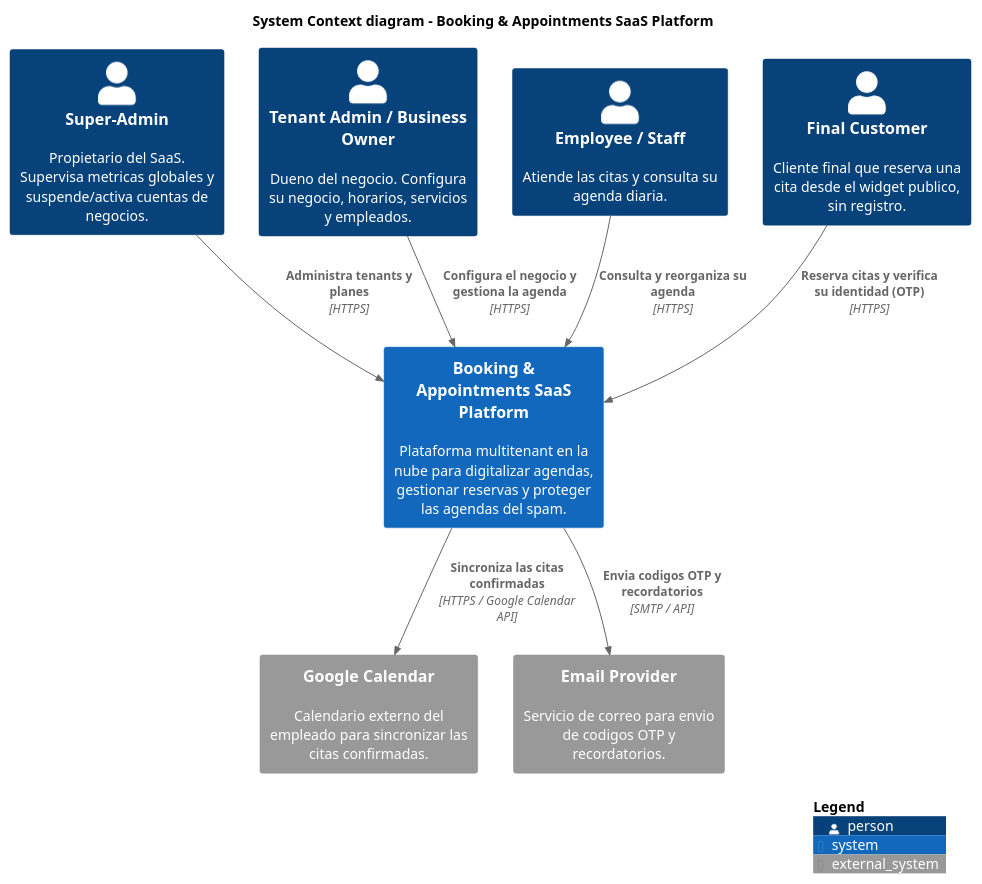
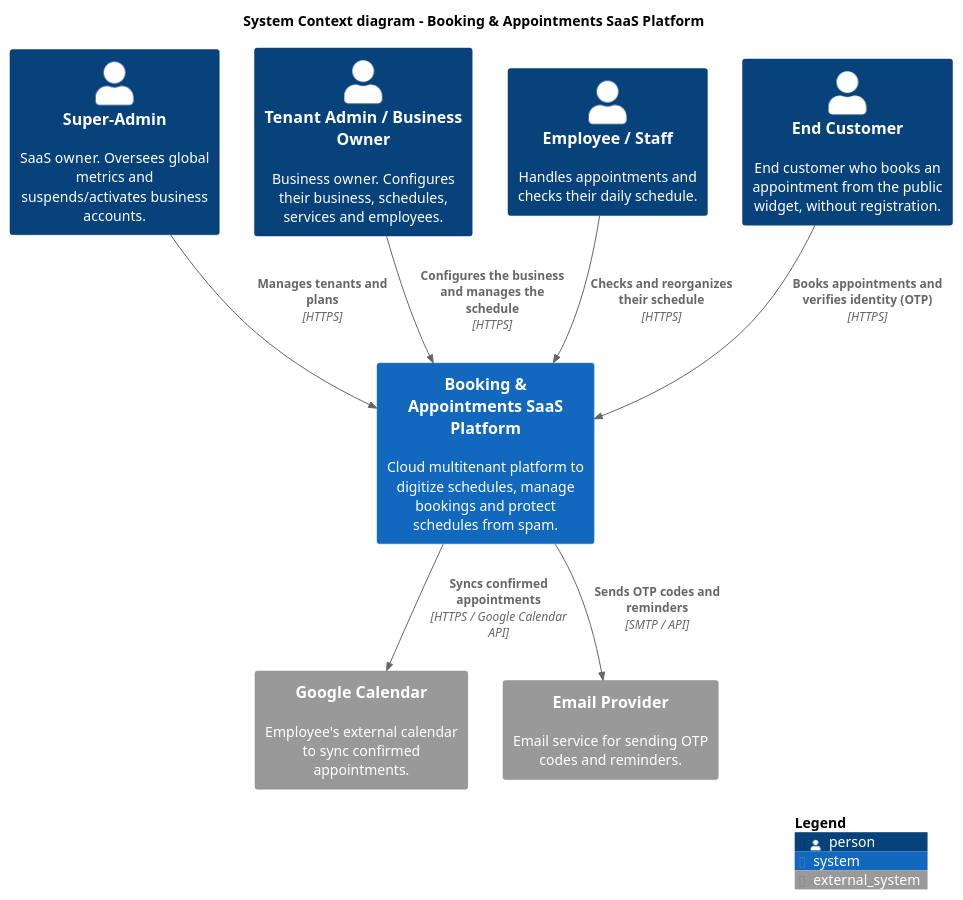
Before and after one commit to jose-korvusinc/finalproject-lidr-i4devs: the diagram in system_architecture/design_view/c1_system_context.puml, drawn with PlantUML. The commit also changed 25 other files, not shown here.

Commit message:
Translate names and add analysis class diagram

```diff
--- a/system_architecture/design_view/c1_system_context.puml
+++ b/system_architecture/design_view/c1_system_context.puml
@@ -1,30 +1,30 @@
 @startuml c1_system_context
 ' =====================================================================
 ' C4 Model - Level 1: System Context
-' Sistema SaaS Multitenant de Gestion de Reservas y Citas (MVP)
-' Etiquetas en ingles, descripciones en espanol.
+' Multitenant SaaS Booking & Appointments Management System (MVP)
+' All labels and descriptions in English.
 ' =====================================================================
 !include https://raw.githubusercontent.com/plantuml-stdlib/C4-PlantUML/master/C4_Context.puml
 
 title System Context diagram - Booking & Appointments SaaS Platform
 
-Person(superAdmin, "Super-Admin", "Propietario del SaaS. Supervisa metricas globales y suspende/activa cuentas de negocios.")
-Person(tenantAdmin, "Tenant Admin / Business Owner", "Dueno del negocio. Configura su negocio, horarios, servicios y empleados.")
-Person(employee, "Employee / Staff", "Atiende las citas y consulta su agenda diaria.")
-Person(customer, "Final Customer", "Cliente final que reserva una cita desde el widget publico, sin registro.")
+Person(superAdmin, "Super-Admin", "SaaS owner. Oversees global metrics and suspends/activates business accounts.")
+Person(tenantAdmin, "Tenant Admin / Business Owner", "Business owner. Configures their business, schedules, services and employees.")
+Person(employee, "Employee / Staff", "Handles appointments and checks their daily schedule.")
+Person(customer, "End Customer", "End customer who books an appointment from the public widget, without registration.")
 
-System(bookingPlatform, "Booking & Appointments SaaS Platform", "Plataforma multitenant en la nube para digitalizar agendas, gestionar reservas y proteger las agendas del spam.")
+System(bookingPlatform, "Booking & Appointments SaaS Platform", "Cloud multitenant platform to digitize schedules, manage bookings and protect schedules from spam.")
 
-System_Ext(googleCalendar, "Google Calendar", "Calendario externo del empleado para sincronizar las citas confirmadas.")
-System_Ext(emailProvider, "Email Provider", "Servicio de correo para envio de codigos OTP y recordatorios.")
+System_Ext(googleCalendar, "Google Calendar", "Employee's external calendar to sync confirmed appointments.")
+System_Ext(emailProvider, "Email Provider", "Email service for sending OTP codes and reminders.")
 
-Rel(customer, bookingPlatform, "Reserva citas y verifica su identidad (OTP)", "HTTPS")
-Rel(tenantAdmin, bookingPlatform, "Configura el negocio y gestiona la agenda", "HTTPS")
-Rel(employee, bookingPlatform, "Consulta y reorganiza su agenda", "HTTPS")
-Rel(superAdmin, bookingPlatform, "Administra tenants y planes", "HTTPS")
+Rel(customer, bookingPlatform, "Books appointments and verifies identity (OTP)", "HTTPS")
+Rel(tenantAdmin, bookingPlatform, "Configures the business and manages the schedule", "HTTPS")
+Rel(employee, bookingPlatform, "Checks and reorganizes their schedule", "HTTPS")
+Rel(superAdmin, bookingPlatform, "Manages tenants and plans", "HTTPS")
 
-Rel(bookingPlatform, googleCalendar, "Sincroniza las citas confirmadas", "HTTPS / Google Calendar API")
-Rel(bookingPlatform, emailProvider, "Envia codigos OTP y recordatorios", "SMTP / API")
+Rel(bookingPlatform, googleCalendar, "Syncs confirmed appointments", "HTTPS / Google Calendar API")
+Rel(bookingPlatform, emailProvider, "Sends OTP codes and reminders", "SMTP / API")
 
 SHOW_LEGEND()
 @enduml
```
